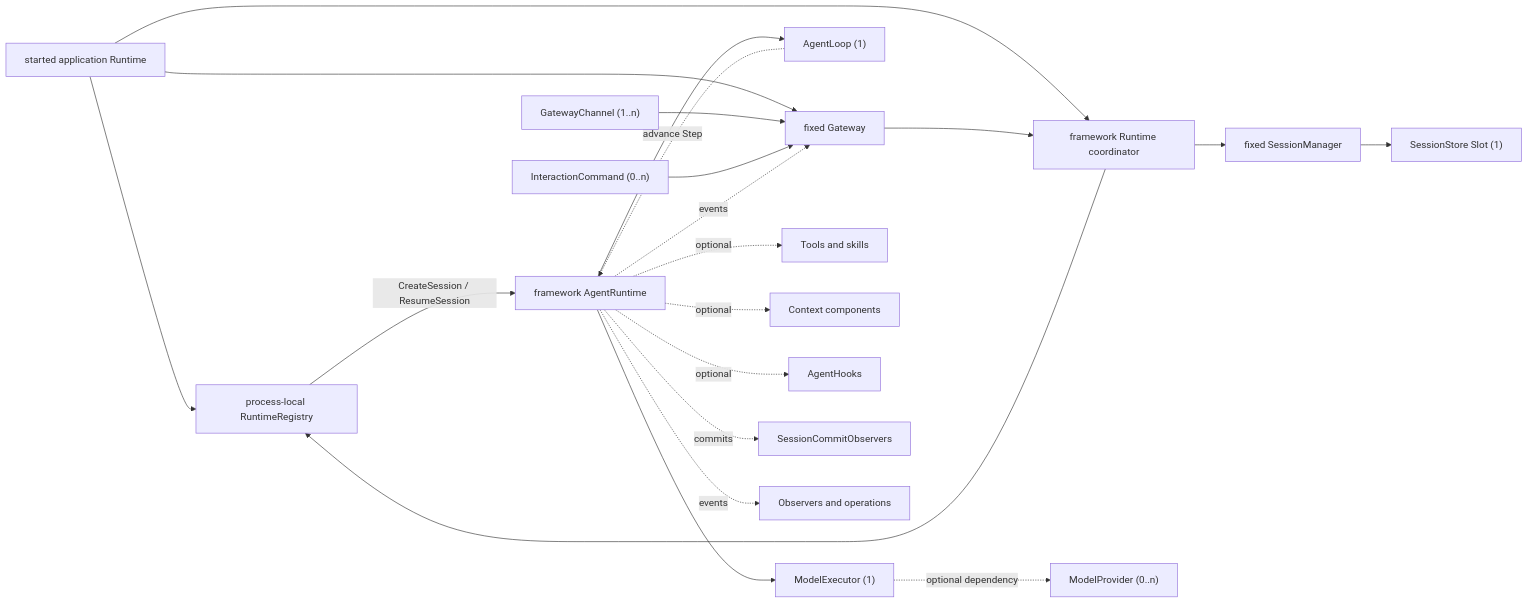
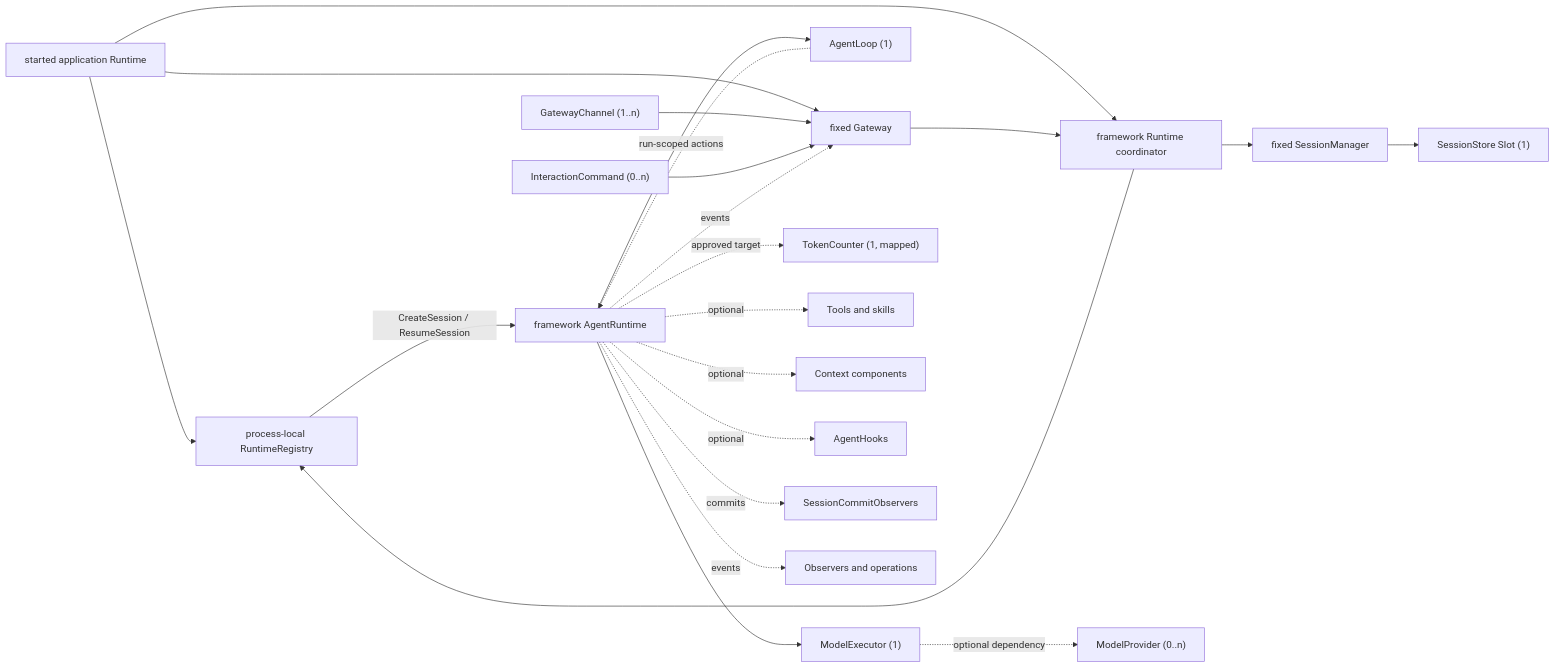
The diagram in COMPONENT_MAP.md (LyleLiu666/agentSlot), drawn with Mermaid before and after one commit. The commit also changed other lines of this file and 2 other files, not shown here.

Commit message:
docs: publish finalized target boundaries

````diff
--- a/COMPONENT_MAP.md
+++ b/COMPONENT_MAP.md
@@ -112,23 +119,24 @@
 ```mermaid
 flowchart LR
     AR["started application Runtime"] --> REG["process-local RuntimeRegistry"]
     AR --> RC["framework Runtime coordinator"]
     AR --> G["fixed Gateway"]
     RC --> REG
     E["GatewayChannel (1..n)"] --> G
     IC["InteractionCommand (0..n)"] --> G
     G --> RC
     RC --> SM["fixed SessionManager"]
     SM --> SS["SessionStore Slot (1)"]
     REG -->|"CreateSession / ResumeSession"| R["framework AgentRuntime"]
     R --> L["AgentLoop (1)"]
-    L -. "advance Step" .-> R
+    L -. "run-scoped actions" .-> R
     R --> ME["ModelExecutor (1)"]
+    R -. "approved target" .-> TC["TokenCounter (1, mapped)"]
     ME -. "optional dependency" .-> MP["ModelProvider (0..n)"]
     R -. "optional" .-> T["Tools and skills"]
     R -. "optional" .-> C["Context components"]
     R -. "optional" .-> H["AgentHooks"]
     R -. "commits" .-> SCO["SessionCommitObservers"]
     R -. "events" .-> G
     R -. "events" .-> O["Observers and operations"]
 ```
````
